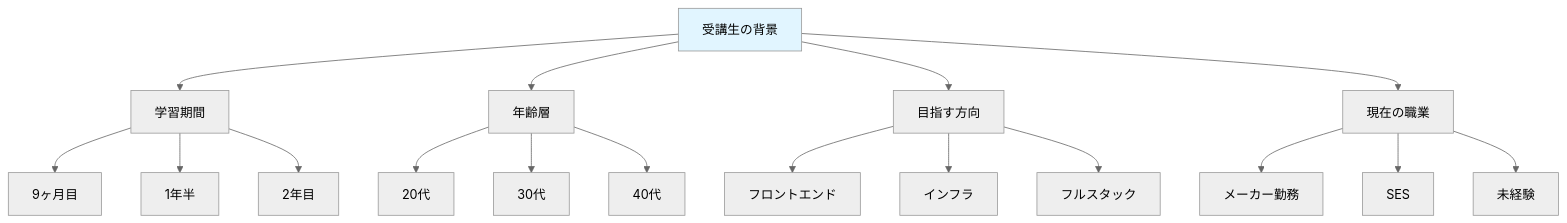
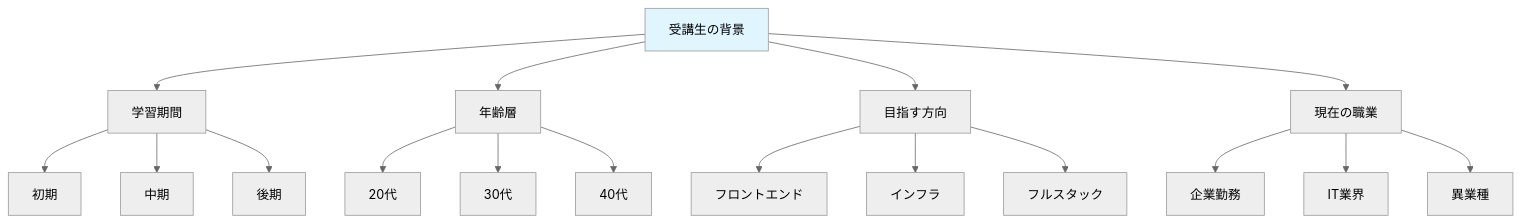
One commit to glaciermelt00/zenn-content changed the seventh of 8 diagrams in articles/2025-1219-engineer-meet-up.md. Above: the diagram before and after it, drawn with Mermaid (neutral theme). The commit also changed other lines of this file, not shown here.

````diff
--- a/articles/2025-1219-engineer-meet-up.md
+++ b/articles/2025-1219-engineer-meet-up.md
@@ -318,25 +318,26 @@
 ```mermaid
 graph TD
     A[受講生の背景] --> B[学習期間]
     A --> C[年齢層]
     A --> D[目指す方向]
     A --> E[現在の職業]
 
-    B --> B1[9ヶ月目]
-    B --> B2[1年半]
-    B --> B3[2年目]
+    B --> B1[初期]
+    B --> B2[中期]
+    B --> B3[後期]
 
     C --> C1[20代]
     C --> C2[30代]
     C --> C3[40代]
 
+
     D --> D1[フロントエンド]
     D --> D2[インフラ]
     D --> D3[フルスタック]
 
-    E --> E1[メーカー勤務]
-    E --> E2[SES]
-    E --> E3[未経験]
+    E --> E1[企業勤務]
+    E --> E2[IT業界]
+    E --> E3[異業種]
 
     style A fill:#e1f5ff
 ```
````
